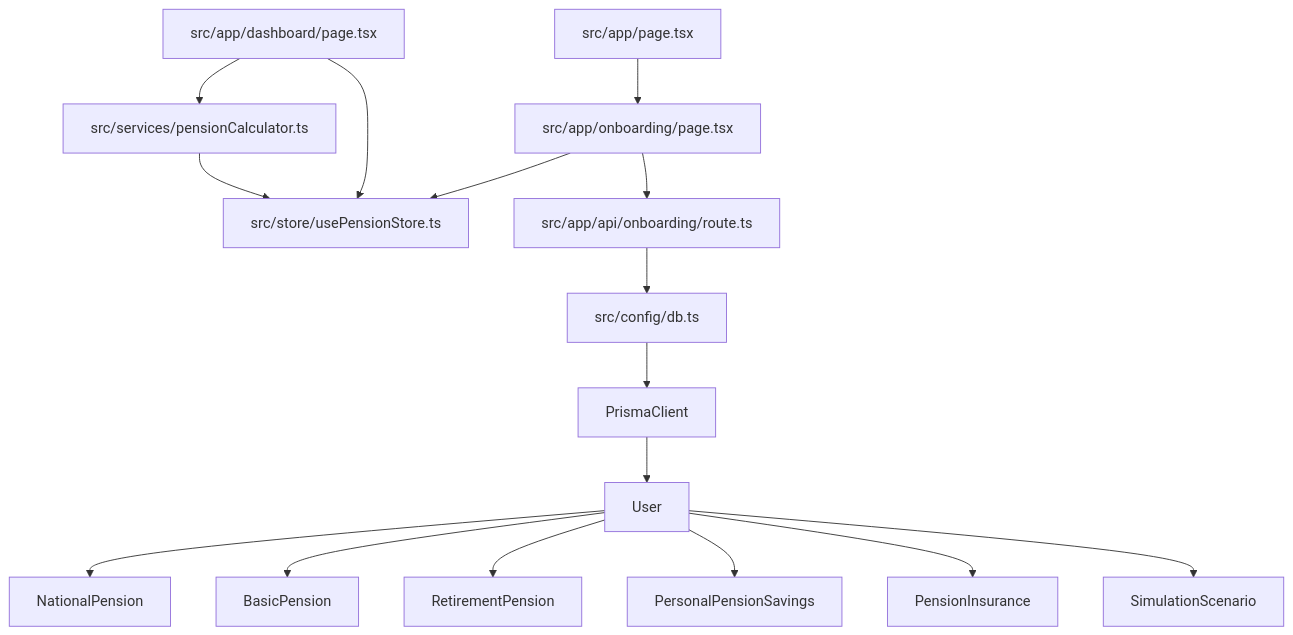
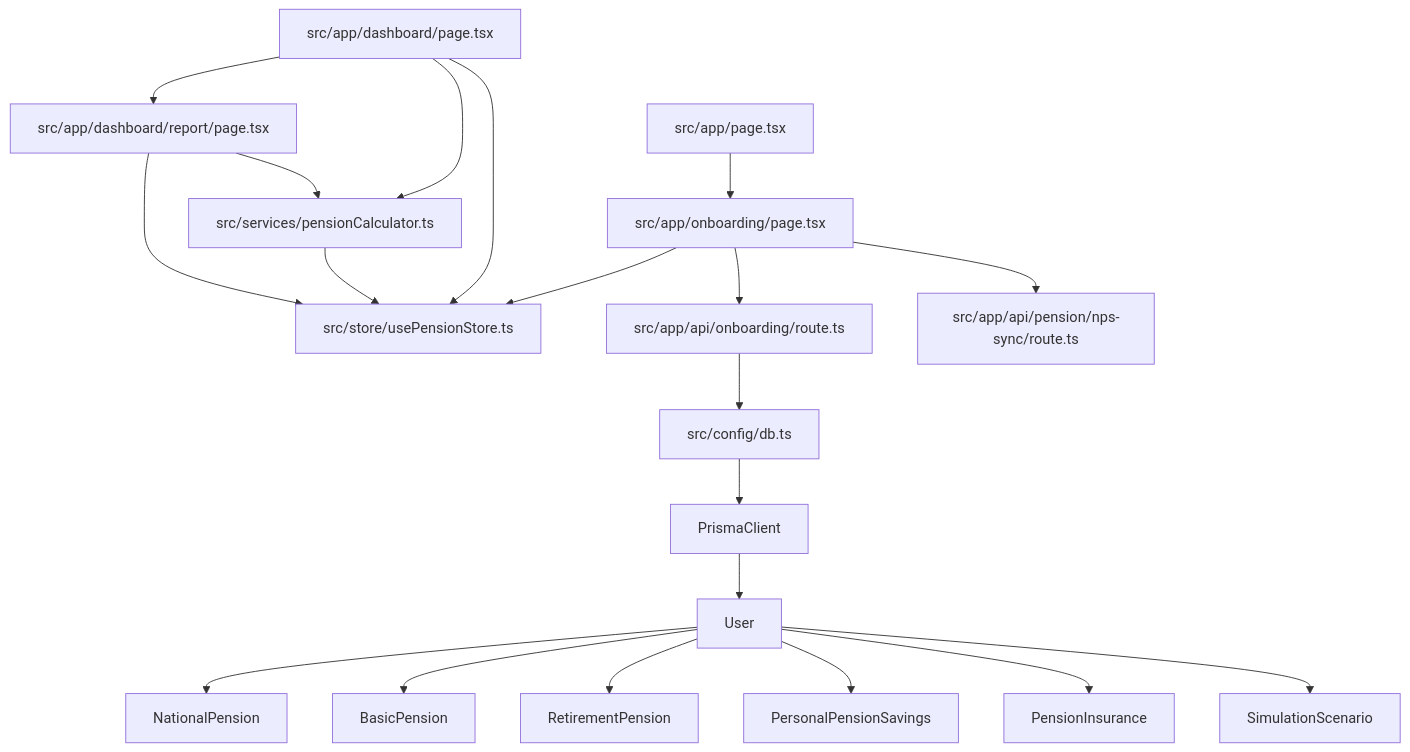
Before and after one commit to ChanHoya/PensionLab: the diagram in docs/dependency-map.md, drawn with Mermaid. The commit also changed 1 other file, not shown here.

Commit message:
S2-3: Update features.md and dependency-map.md for Sprint 2

````diff
--- a/docs/dependency-map.md
+++ b/docs/dependency-map.md
@@ -3,26 +3,32 @@
 ```mermaid
 graph TD
   %% Database Layer
   db[src/config/db.ts] --> PrismaClient
   PrismaClient --> User
   User --> NationalPension
   User --> BasicPension
   User --> RetirementPension
   User --> PersonalPensionSavings
   User --> PensionInsurance
   User --> SimulationScenario
 
   %% State & Business Logic Layer
   Store[src/store/usePensionStore.ts]
   Calculator[src/services/pensionCalculator.ts]
 
   %% UI & Page Layer
   Landing[src/app/page.tsx] --> OnboardingUI
   OnboardingUI[src/app/onboarding/page.tsx] --> Store
   OnboardingUI --> OnboardingAPI[src/app/api/onboarding/route.ts]
   OnboardingAPI --> db
 
   Dashboard[src/app/dashboard/page.tsx] --> Store
   Dashboard --> Calculator
   Calculator --> Store
+
+  %% Sprint 2 Additions
+  Dashboard --> Report[src/app/dashboard/report/page.tsx]
+  Report --> Store
+  Report --> Calculator
+  OnboardingUI --> NPSSyncAPI[src/app/api/pension/nps-sync/route.ts]
 ```
````
